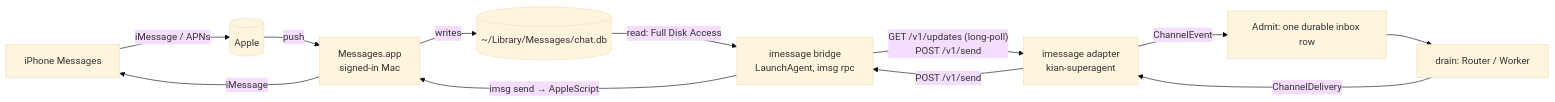
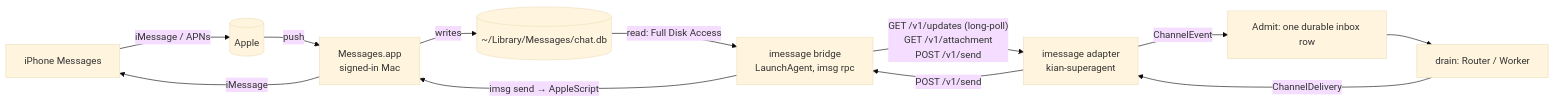
The diagram in design/CHANNEL-IMESSAGE.md (flyer103/kian), drawn with Mermaid (base theme) before and after one commit. The commit also changed other lines of this file and 15 other files, not shown here.

````diff
--- a/design/CHANNEL-IMESSAGE.md
+++ b/design/CHANNEL-IMESSAGE.md
@@ -37,14 +37,14 @@
 ```mermaid
 graph LR
   P[iPhone Messages] -->|iMessage / APNs| APPLE[(Apple)]
   APPLE -->|push| MSG[Messages.app<br/>signed-in Mac]
   MSG -->|writes| DB[(~/Library/Messages/chat.db)]
   DB -->|read: Full Disk Access| BR[imessage bridge<br/>LaunchAgent, imsg rpc]
-  BR -->|"GET /v1/updates (long-poll)<br/>POST /v1/send"| A[imessage adapter<br/>kian-superagent]
+  BR -->|"GET /v1/updates (long-poll)<br/>GET /v1/attachment<br/>POST /v1/send"| A[imessage adapter<br/>kian-superagent]
   A -->|ChannelEvent| ADMIT[Admit: one durable inbox row]
   ADMIT --> DRAIN[drain: Router / Worker]
   DRAIN -->|ChannelDelivery| A
   A -->|POST /v1/send| BR
   BR -->|"imsg send → AppleScript"| MSG
   MSG -->|iMessage| P
 ```
````
